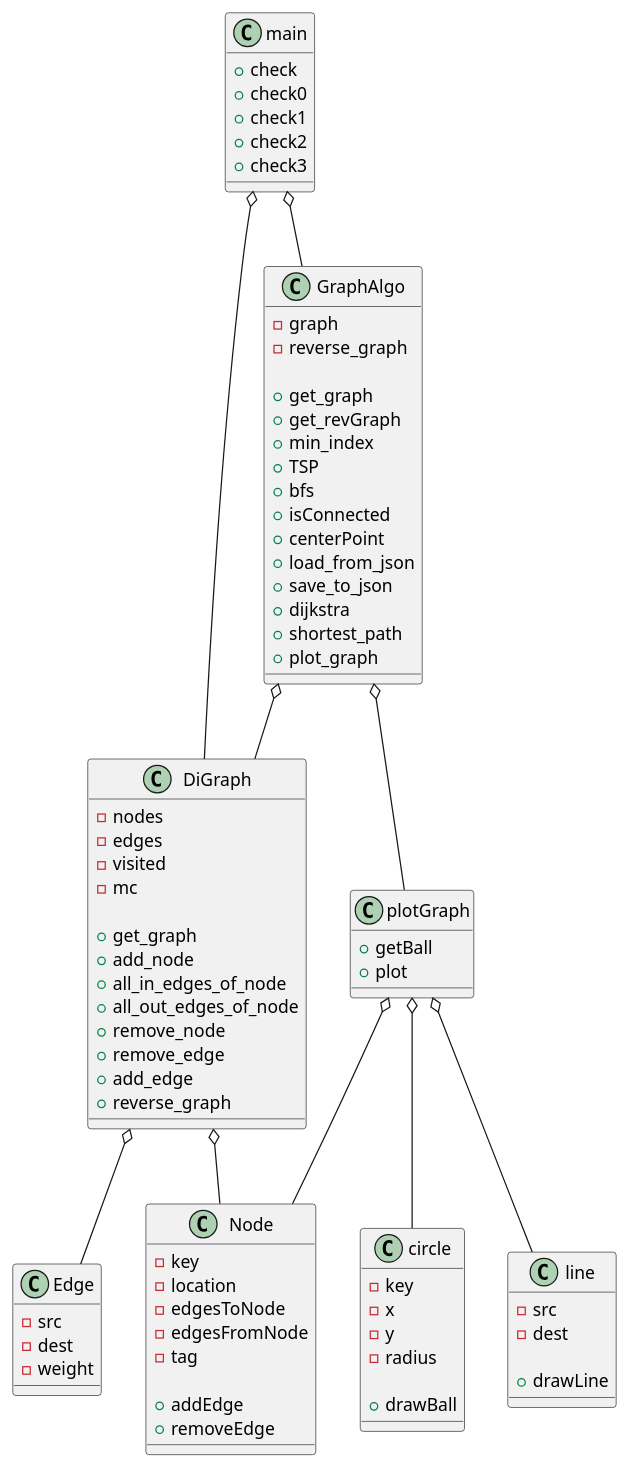
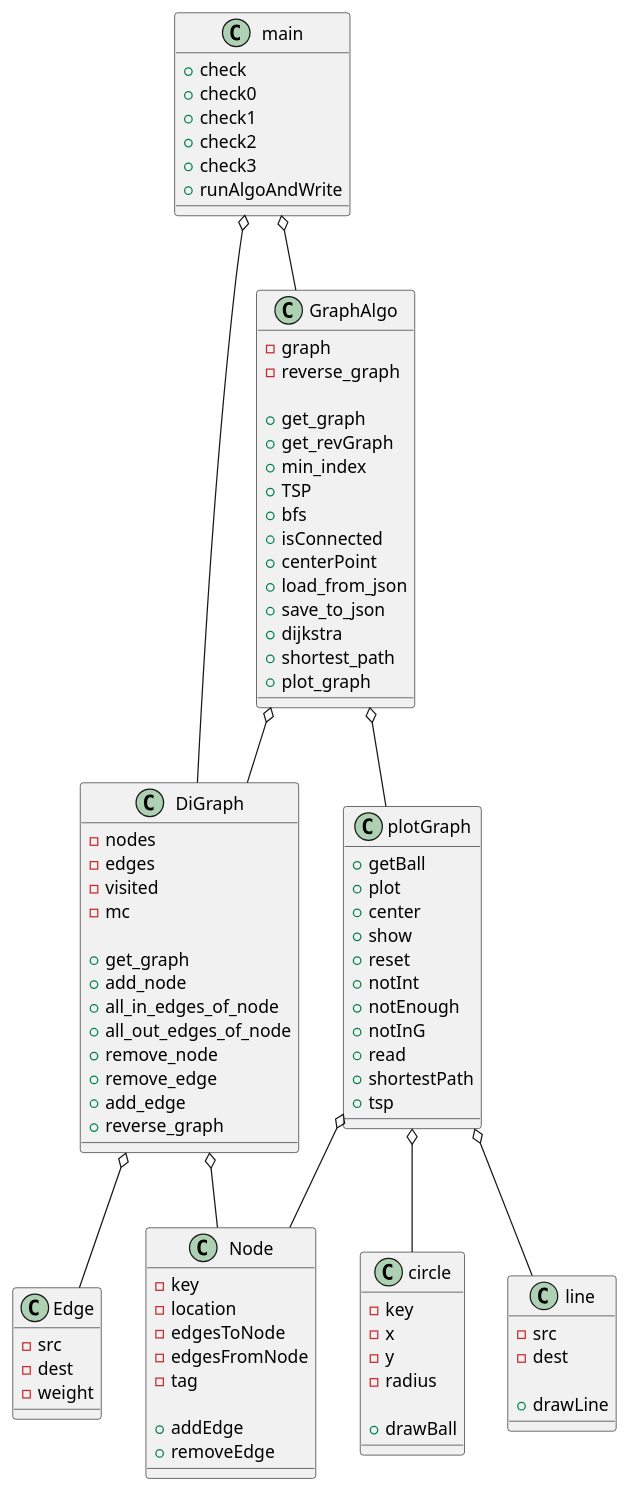
Before and after one commit to TaliaSeada/Ex3_OOP: the diagram in src/diagram.puml, drawn with PlantUML. The commit also changed 1 other file, not shown here.

Commit message:
update UML

```diff
--- a/src/diagram.puml
+++ b/src/diagram.puml
@@ -1,99 +1,109 @@
 @startuml
 
 main o-- DiGraph
 main o-- GraphAlgo
 
 DiGraph o-- Edge
 DiGraph o-- Node
 
 GraphAlgo o-- DiGraph
 GraphAlgo o-- plotGraph
 
 plotGraph o-- Node
 plotGraph o-- circle
 plotGraph o-- line
 
 
 class main{
 +check
 +check0
 +check1
 +check2
 +check3
++runAlgoAndWrite
 }
 
 class Edge{
 -src
 -dest
 -weight
 }
 
 class Node{
 -key
 -location
 -edgesToNode
 -edgesFromNode
 -tag
 
 +addEdge
 +removeEdge
 }
 
 class DiGraph{
 -nodes
 -edges
 -visited
 -mc
 
 +get_graph
 +add_node
 +all_in_edges_of_node
 +all_out_edges_of_node
 +remove_node
 +remove_edge
 +add_edge
 +reverse_graph
 }
 
 class plotGraph{
 +getBall
 +plot
++center
++show
++reset
++notInt
++notEnough
++notInG
++read
++shortestPath
++tsp
 }
 
 class circle{
 -key
 - x
 - y
 -radius
 
 +drawBall
 }
 
 class line{
 -src
 -dest
 
 +drawLine
 }
 
 class GraphAlgo{
 -graph
 -reverse_graph
 
 +get_graph
 +get_revGraph
 +min_index
 +TSP
 +bfs
 +isConnected
 +centerPoint
 +load_from_json
 +save_to_json
 +dijkstra
 +shortest_path
 +plot_graph
 }
 
 
 
 @enduml
```
